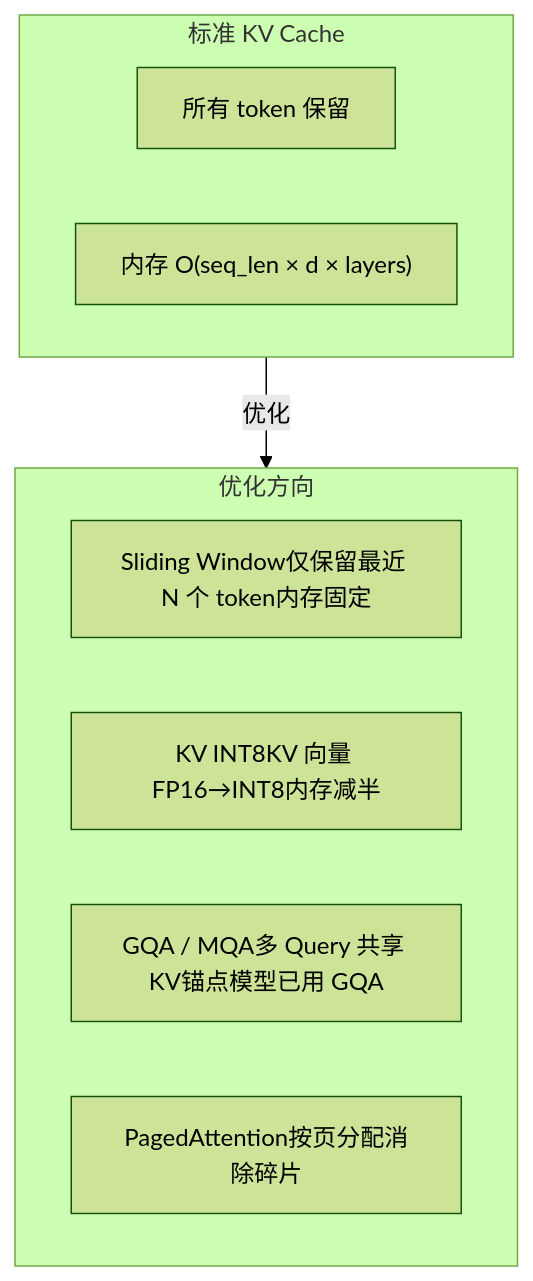
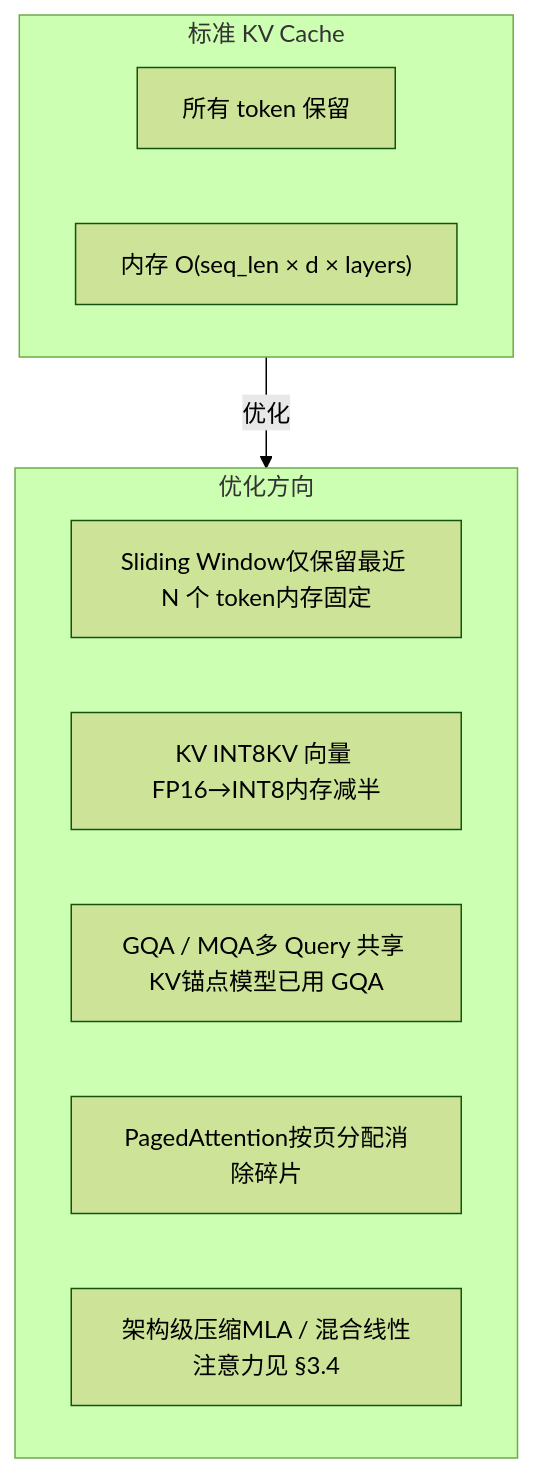
The first of 5 diagrams in cockpit/general/infer-principles.md (ranpin/edge-ai-docs), drawn with Mermaid (forest theme) before and after one commit. The commit also changed other lines of this file and 5 other files, not shown here.

````diff
--- a/cockpit/general/infer-principles.md
+++ b/cockpit/general/infer-principles.md
@@ -168,14 +218,15 @@
 ```mermaid
 graph TB
     subgraph Standard["标准 KV Cache"]
         S1["所有 token 保留"]
         S2["内存 O(seq_len × d × layers)"]
     end
     subgraph Optimized["优化方向"]
         O1["Sliding Window仅保留最近 N 个 token内存固定"]
         O2["KV INT8KV 向量 FP16→INT8内存减半"]
         O3["GQA / MQA多 Query 共享 KV锚点模型已用 GQA"]
         O4["PagedAttention按页分配消除碎片"]
+        O5["架构级压缩MLA / 混合线性注意力见 §3.4"]
     end
     Standard -->|"优化"| Optimized
 ```
````
